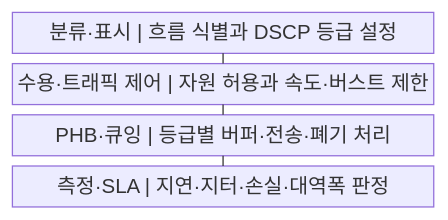
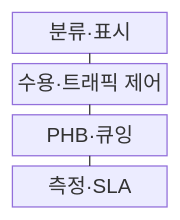
One commit to agnusdei1207/knowledge-base changed the first of 2 diagrams in src/content/docs/notes/04-network/072_qos_diffserv_intserv.md. Above: the diagram before and after it, drawn with Mermaid. The commit also changed other lines of this file and 122 other files, not shown here.

````diff
--- a/src/content/docs/notes/04-network/072_qos_diffserv_intserv.md
+++ b/src/content/docs/notes/04-network/072_qos_diffserv_intserv.md
@@ -54,11 +54,11 @@
 ```mermaid
-block
+block-beta
     columns 1
-    A["분류·표시 | 흐름 식별과 DSCP 등급 설정"]
-    B["수용·트래픽 제어 | 자원 허용과 속도·버스트 제한"]
-    C["PHB·큐잉 | 등급별 버퍼·전송·폐기 처리"]
-    D["측정·SLA | 지연·지터·손실·대역폭 판정"]
+    A["분류·표시"]
+    B["수용·트래픽 제어"]
+    C["PHB·큐잉"]
+    D["측정·SLA"]
     A --- B
     B --- C
     C --- D
 ```
````
